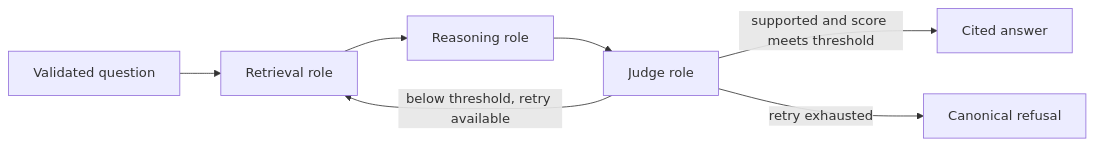
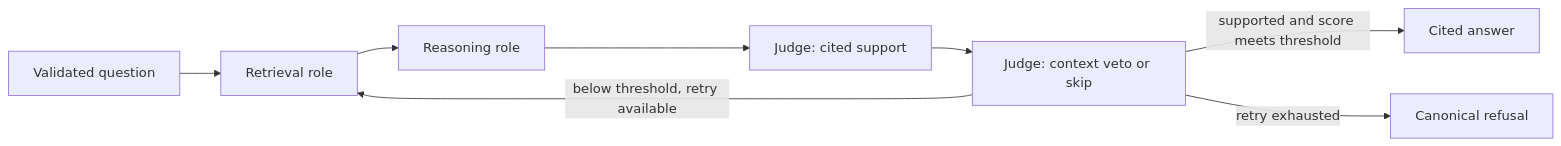
Before and after one commit to kuntalashivasairahul/MultiAgent_QA_System: the diagram in docs/V3_LOCAL_UPGRADE.md, drawn with Mermaid. The commit also changed other lines of this file and 34 other files, not shown here.

Commit message:
fix: preserve cited support before contextual QA acceptance

````diff
--- a/docs/V3_LOCAL_UPGRADE.md
+++ b/docs/V3_LOCAL_UPGRADE.md
@@ -29,9 +29,10 @@
 ```mermaid
 flowchart LR
     Q[Validated question] --> R[Retrieval role]
     R --> G[Reasoning role]
-    G --> J[Judge role]
+    G --> S[Judge: cited support]
+    S --> J[Judge: context veto or skip]
     J -->|supported and score meets threshold| A[Cited answer]
     J -->|below threshold, retry available| R
     J -->|retry exhausted| F[Canonical refusal]
 ```
````
